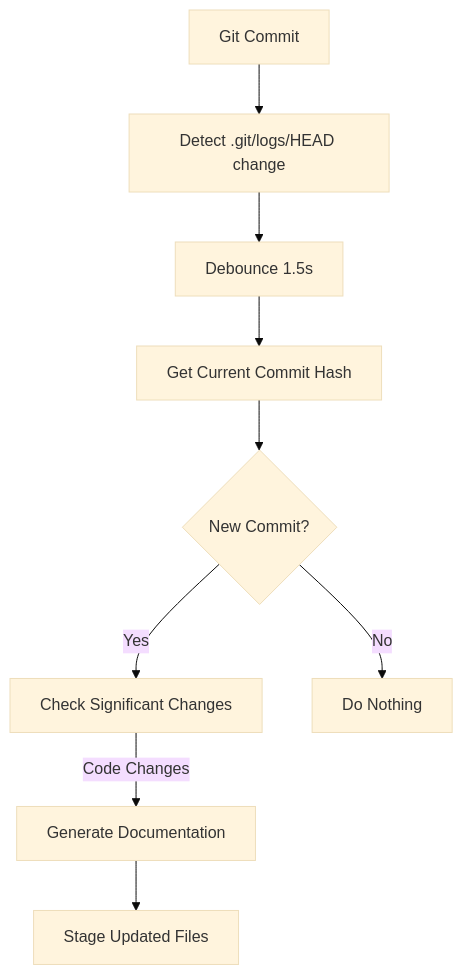
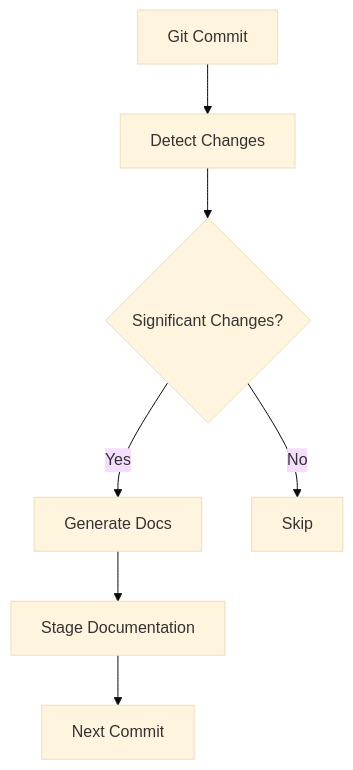
Before and after one commit to voznyye/AutoDoc: the fifth of 5 diagrams in PROJECT_OVERVIEW.md, drawn with Mermaid (base theme). The commit also changed other lines of this file and 1 other file, not shown here.

````diff
--- a/PROJECT_OVERVIEW.md
+++ b/PROJECT_OVERVIEW.md
@@ -326,11 +270,9 @@
 ```mermaid
 graph TD
-    A[Git Commit] --> B[Detect .git/logs/HEAD change]
-    B --> C[Debounce 1.5s]
-    C --> D[Get Current Commit Hash]
-    D --> E{New Commit?}
-    E -->|Yes| F[Check Significant Changes]
-    F -->|Code Changes| G[Generate Documentation]
-    G --> H[Stage Updated Files]
-    E -->|No| I[Do Nothing]
+    A[Git Commit] --> B[Detect Changes]
+    B --> C{Significant Changes?}
+    C -->|Yes| D[Generate Docs]
+    C -->|No| E[Skip]
+    D --> F[Stage Documentation]
+    F --> G[Next Commit]
 ```
````
